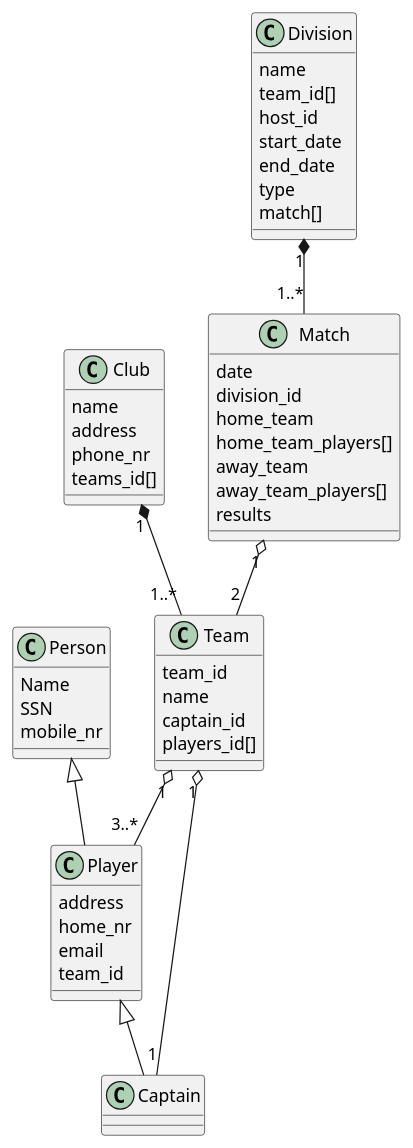
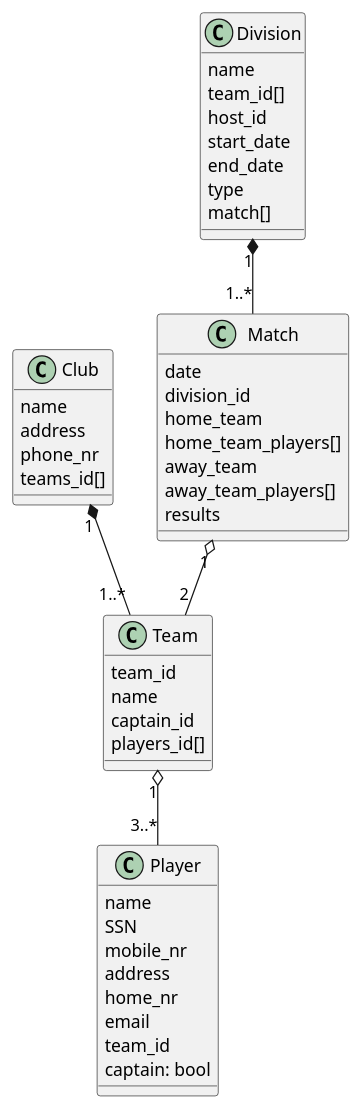
One commit to StankWizardLizard/VNL1-2022-HOPUR-28 changed the diagram in Honnun/ClassDiagram/model_classes.puml. Above: the diagram before and after it, drawn with PlantUML.

Commit message:
Update model diagram

```diff
--- a/Honnun/ClassDiagram/model_classes.puml
+++ b/Honnun/ClassDiagram/model_classes.puml
@@ -1,55 +1,51 @@
 @startuml lol
 
-Person <|-- Player
-Player <|-- Captain
+
 Team "1" o-- "3..*" Player
-Team "1" o-- "1" Captain
 Club "1" *-- "1..*" Team 
 Match "1" o-- "2" Team 
 Division "1" *-- "1..*" Match  
 
-class Person {
-    Name
+
+class Player {
+    name
     SSN
     mobile_nr
-}
-class Player {
     address
     home_nr
     email
     team_id
-}
-class Captain {
+    captain: bool
 }
 class Club {
     name
     address
     phone_nr
     teams_id[]
 }
 class Team {
     team_id
     name
     captain_id
     players_id[]
 }
 class Division {
     name
     team_id[]
     host_id
     start_date
     end_date
     type
     match[]
 }
 class Match {
     date
     division_id
     home_team
     home_team_players[]
     away_team
     away_team_players[]
     results
 }
 
 @enduml
```
